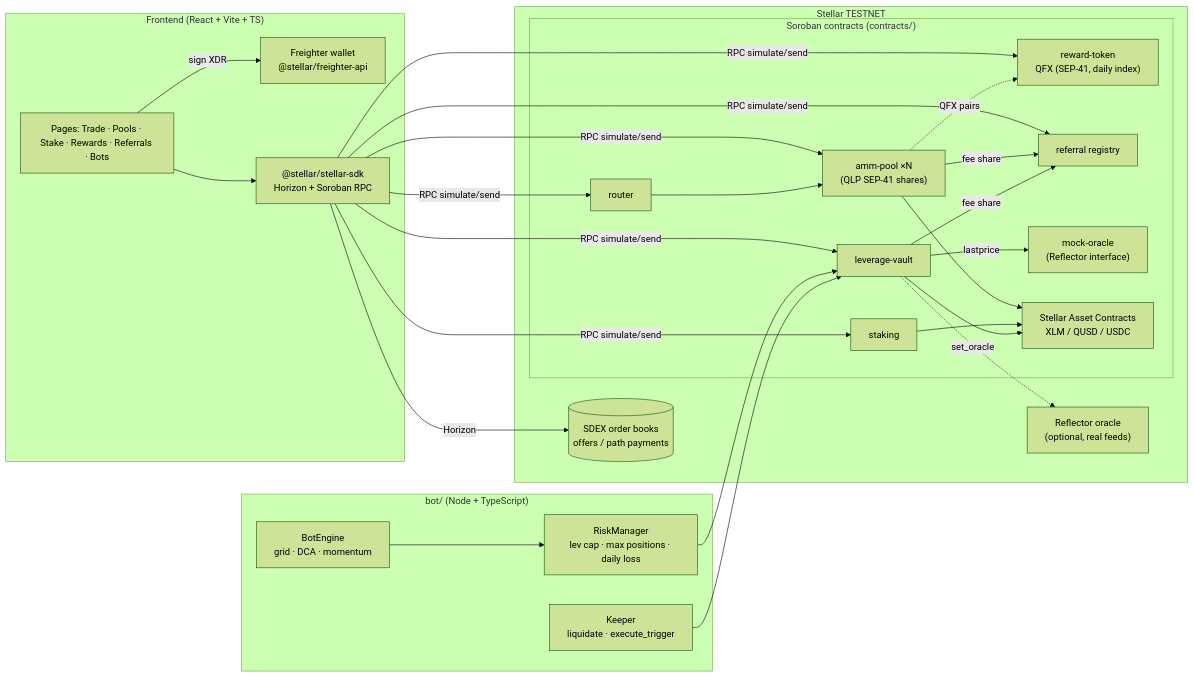
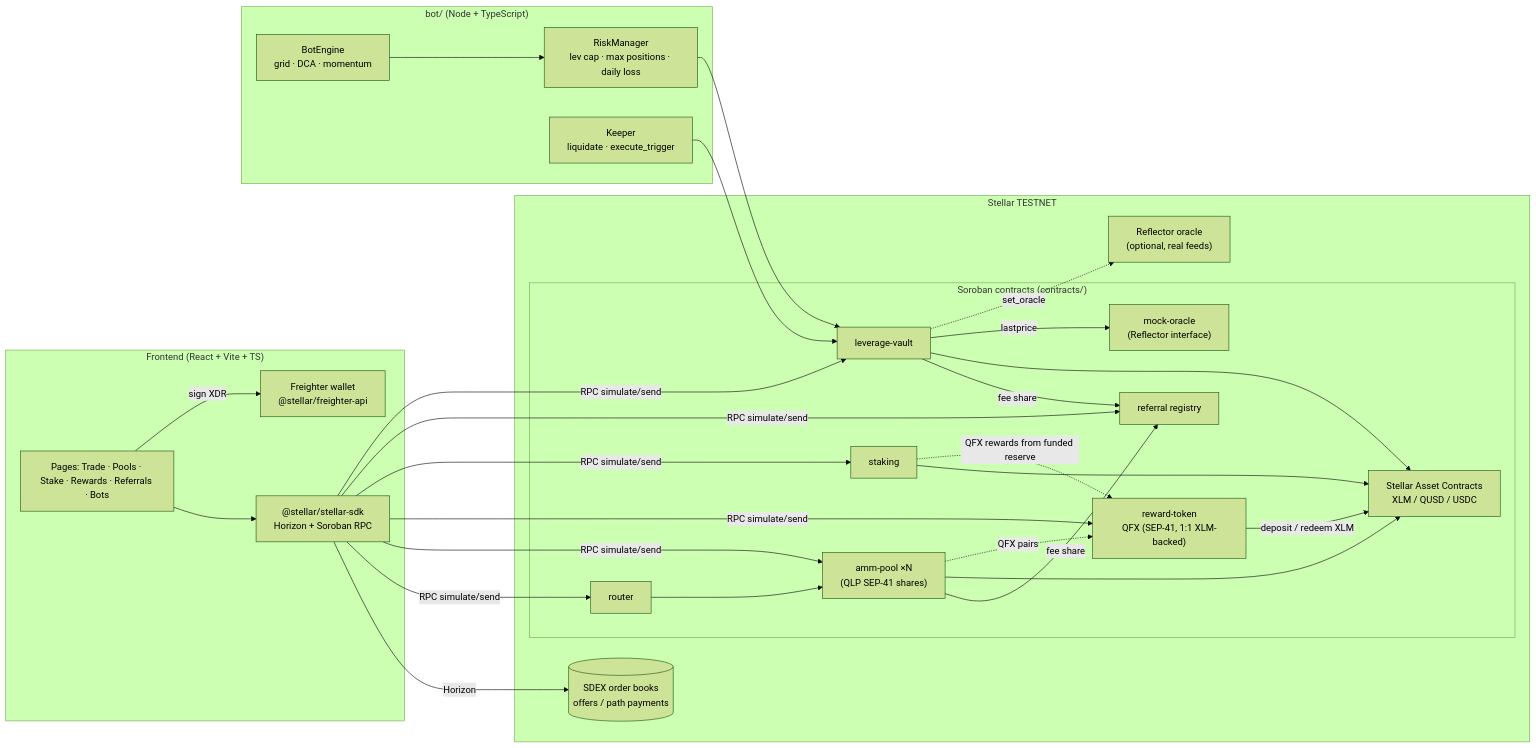
Before and after one commit to yogibear1323/quasaria: the diagram in README.md, drawn with Mermaid (forest theme). The commit also changed other lines of this file and 35 other files, not shown here.

````diff
--- a/README.md
+++ b/README.md
@@ -81,43 +82,45 @@
 ```mermaid
 flowchart LR
   subgraph Browser["Frontend (React + Vite + TS)"]
     UI["Pages: Trade · Pools · Stake · Rewards · Referrals · Bots"]
     FW["Freighter wallet<br/>@stellar/freighter-api"]
     SDK["@stellar/stellar-sdk<br/>Horizon + Soroban RPC"]
     UI --> SDK
     UI -- sign XDR --> FW
   end
 
   subgraph Stellar["Stellar TESTNET"]
     SDEX[("SDEX order books<br/>offers / path payments")]
     subgraph Soroban["Soroban contracts (contracts/)"]
       ROUTER["router"]
       POOL["amm-pool ×N<br/>(QLP SEP-41 shares)"]
-      QFX["reward-token<br/>QFX (SEP-41, daily index)"]
+      QFX["reward-token<br/>QFX (SEP-41, 1:1 XLM-backed)"]
       STAKE["staking"]
       REF["referral registry"]
       VAULT["leverage-vault"]
       ORACLE["mock-oracle<br/>(Reflector interface)"]
       SAC["Stellar Asset Contracts<br/>XLM / QUSD / USDC"]
     end
     REFLECTOR["Reflector oracle<br/>(optional, real feeds)"]
   end
 
   subgraph Bot["bot/ (Node + TypeScript)"]
     ENGINE["BotEngine<br/>grid · DCA · momentum"]
     RISK["RiskManager<br/>lev cap · max positions · daily loss"]
     KEEPER["Keeper<br/>liquidate · execute_trigger"]
   end
 
   SDK -- Horizon --> SDEX
   SDK -- RPC simulate/send --> ROUTER & POOL & QFX & STAKE & REF & VAULT
   ROUTER --> POOL
   POOL -- fee share --> REF
   VAULT -- fee share --> REF
   POOL & STAKE & VAULT --> SAC
   POOL -.QFX pairs.-> QFX
+  QFX -- deposit / redeem XLM --> SAC
+  STAKE -. QFX rewards from funded reserve .-> QFX
   VAULT -- lastprice --> ORACLE
   VAULT -. set_oracle .-> REFLECTOR
   ENGINE --> RISK --> VAULT
   KEEPER --> VAULT
 ```
````
